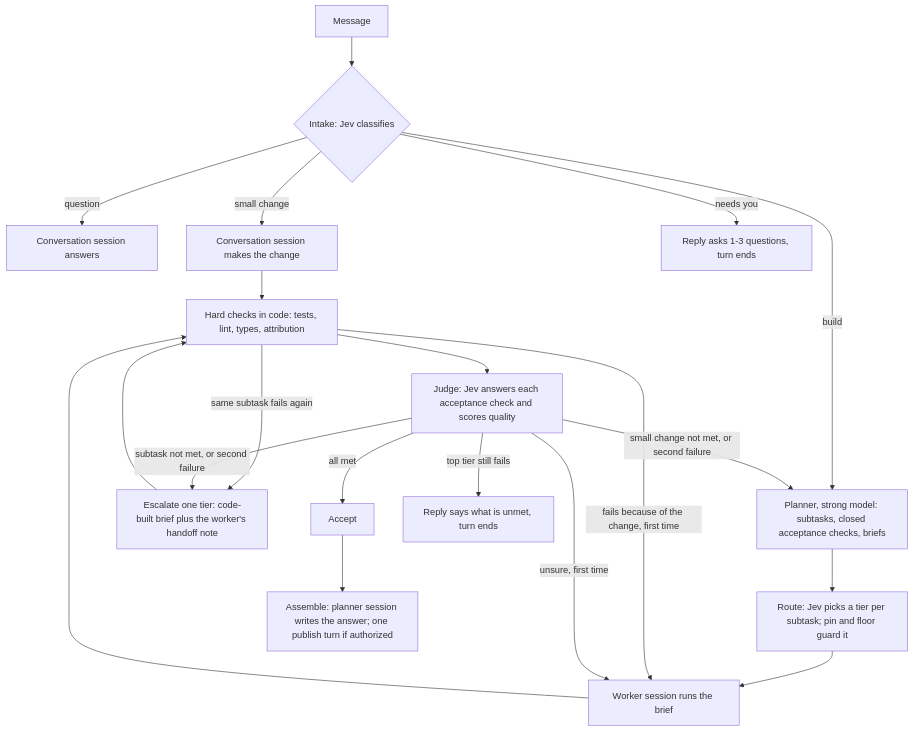
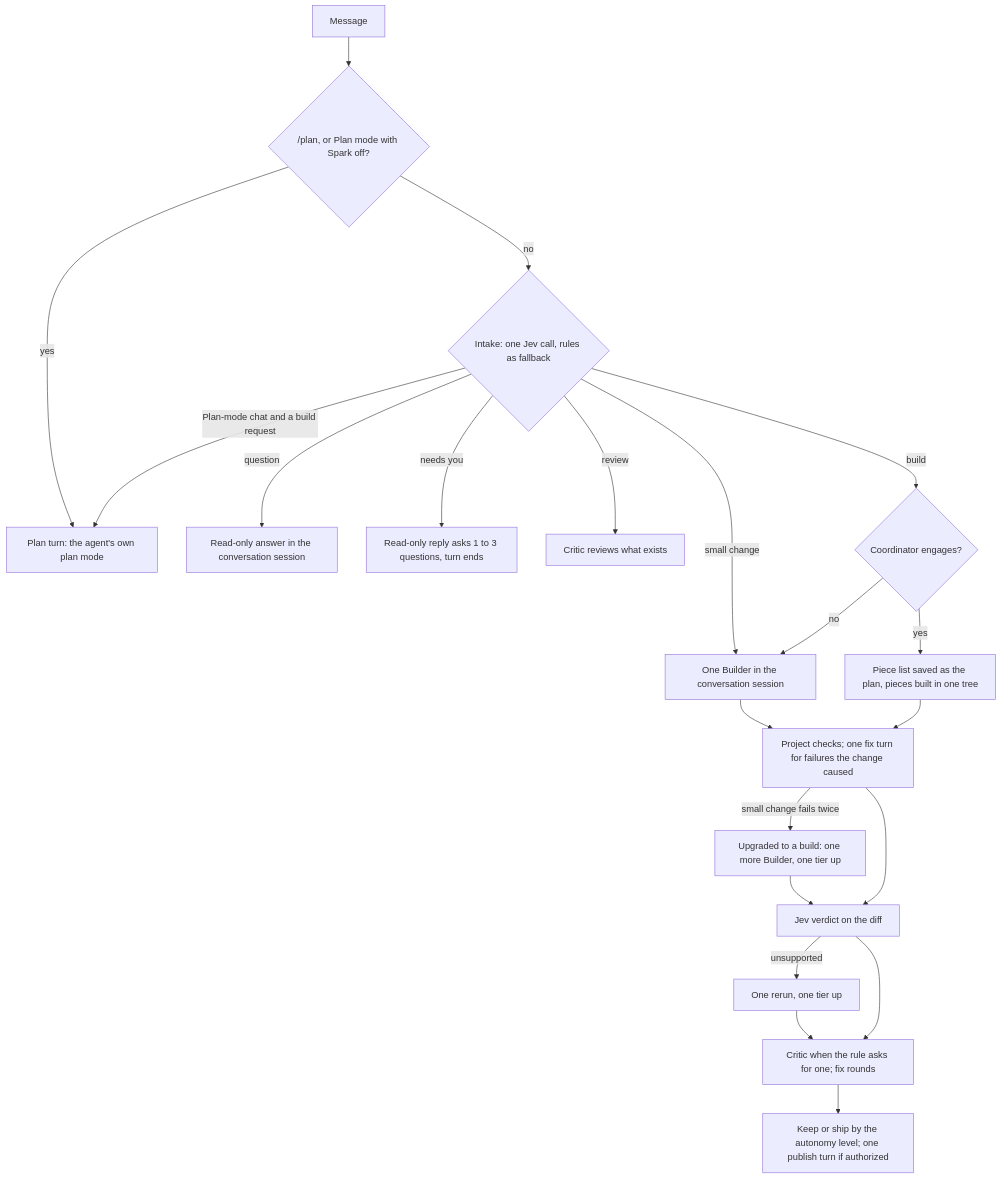
The diagram in docs/architecture/HARNESS_SIMPLE.md (karki011/spark-outpost), drawn with Mermaid before and after one commit. The commit also changed other lines of this file and 7 other files, not shown here.

Commit message:
Harness design: describe the one harness, with the build history in a short section

````diff
--- a/docs/architecture/HARNESS_SIMPLE.md
+++ b/docs/architecture/HARNESS_SIMPLE.md
@@ -15,22 +16,23 @@
 ```mermaid
 flowchart TD
-  M[Message] --> I{Intake: Jev classifies}
-  I -->|question| C[Conversation session answers]
-  I -->|small change| W1[Conversation session makes the change]
-  I -->|needs you| Q[Reply asks 1-3 questions, turn ends]
-  I -->|build| P[Planner, strong model: subtasks, closed acceptance checks, briefs]
-  P --> R[Route: Jev picks a tier per subtask; pin and floor guard it]
-  R --> W[Worker session runs the brief]
-  W1 --> H
-  W --> H[Hard checks in code: tests, lint, types, attribution]
-  H -->|fails because of the change, first time| W
-  H -->|same subtask fails again| E
-  H --> J[Judge: Jev answers each acceptance check and scores quality]
-  J -->|all met| A[Accept]
-  J -->|unsure, first time| W
-  J -->|subtask not met, or second failure| E[Escalate one tier: code-built brief plus the worker's handoff note]
-  J -->|small change not met, or second failure| P
-  E --> H
-  J -->|top tier still fails| Q2[Reply says what is unmet, turn ends]
-  A --> S[Assemble: planner session writes the answer; one publish turn if authorized]
+  M[Message] --> PC{"/plan, or Plan mode with Spark off?"}
+  PC -->|yes| PT[Plan turn: the agent's own plan mode]
+  PC -->|no| I{Intake: one Jev call, rules as fallback}
+  I -->|Plan-mode chat and a build request| PT
+  I -->|question| Q[Read-only answer in the conversation session]
+  I -->|needs you| N[Read-only reply asks 1 to 3 questions, turn ends]
+  I -->|review| C0[Critic reviews what exists]
+  I -->|small change| B[One Builder in the conversation session]
+  I -->|build| CO{Coordinator engages?}
+  CO -->|no| B
+  CO -->|yes| P[Piece list saved as the plan, pieces built in one tree]
+  B --> H[Project checks; one fix turn for failures the change caused]
+  P --> H
+  H -->|small change fails twice| U[Upgraded to a build: one more Builder, one tier up]
+  U --> V
+  H --> V[Jev verdict on the diff]
+  V -->|unsupported| E[One rerun, one tier up]
+  E --> R
+  V --> R[Critic when the rule asks for one; fix rounds]
+  R --> K[Keep or ship by the autonomy level; one publish turn if authorized]
 ```
````
